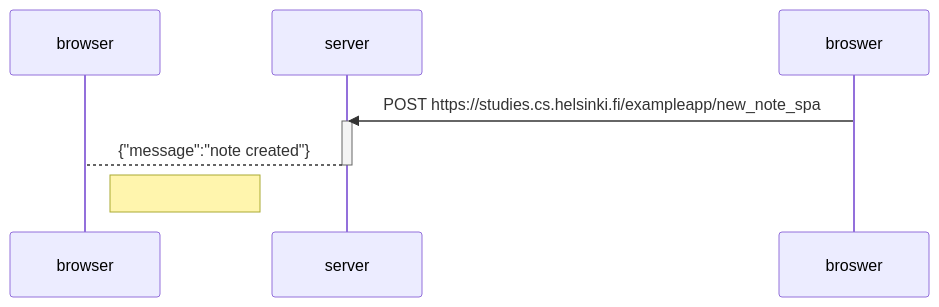
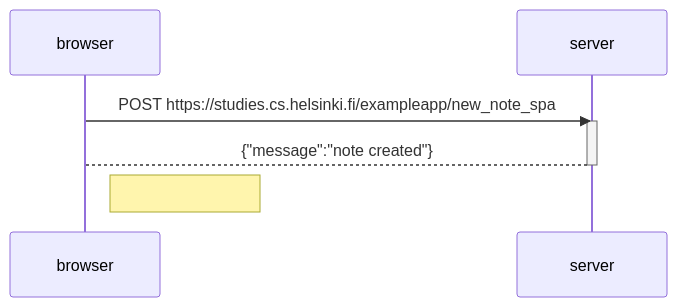
Before and after one commit to SecretShinobi/fullstack-courserepo: the diagram in part0/0.6-diagram.md, drawn with Mermaid.

Commit message:
fix misspelling in 0.6

````diff
--- a/part0/0.6-diagram.md
+++ b/part0/0.6-diagram.md
@@ -1,12 +1,12 @@
 ```mermaid
 sequenceDiagram
     participant browser
     participant server
 
-    broswer->>server: POST https://studies.cs.helsinki.fi/exampleapp/new_note_spa
+    browser->>server: POST https://studies.cs.helsinki.fi/exampleapp/new_note_spa
     activate server
     server-->browser: {"message":"note created"}
     deactivate server
 
     Note right of browser: #TODO: FIgure out what happened
 ```
````
